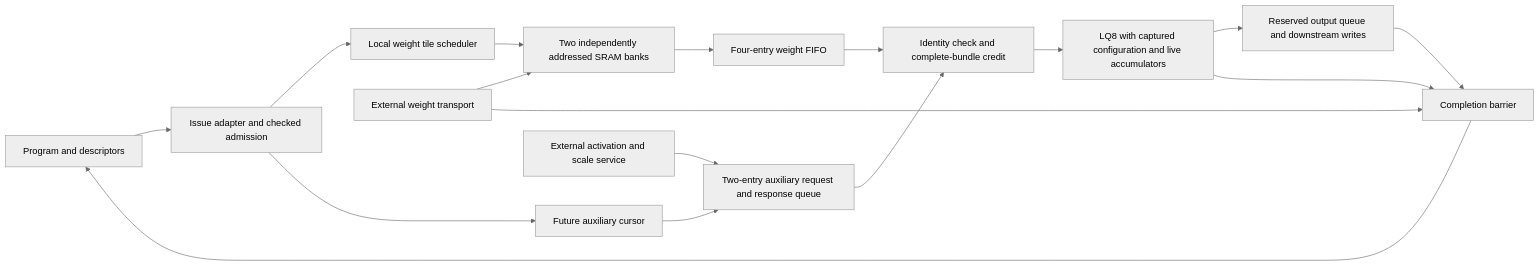
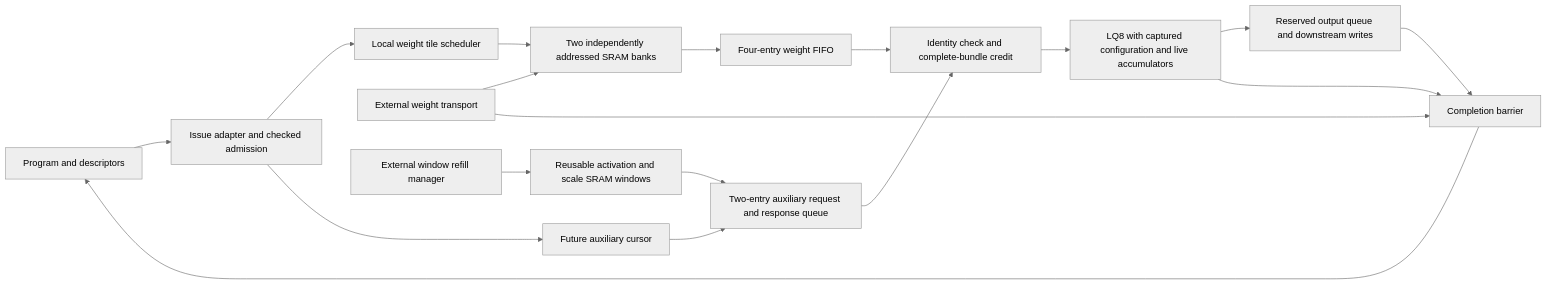
One commit to bojieli/OpenTallas changed the diagram in docs/REFINED_ARCHITECTURE_AND_OPTIMIZATION_REPORT.md. Above: the diagram before and after it, drawn with Mermaid (neutral theme). The commit also changed other lines of this file and 8 other files, not shown here.

Commit message:
Add reusable bounded auxiliary SRAM windows and qualify G2 activation reuse

````diff
--- a/docs/REFINED_ARCHITECTURE_AND_OPTIMIZATION_REPORT.md
+++ b/docs/REFINED_ARCHITECTURE_AND_OPTIMIZATION_REPORT.md
@@ -60,19 +61,20 @@
 ```mermaid
 flowchart LR
     P[Program and descriptors] --> A[Issue adapter and checked admission]
     A --> S[Local weight tile scheduler]
     T[External weight transport] --> B[Two independently addressed SRAM banks]
     S --> B
     B --> F[Four-entry weight FIFO]
     A --> C[Future auxiliary cursor]
     C --> Q[Two-entry auxiliary request and response queue]
-    X[External activation and scale service] --> Q
+    X[Reusable activation and scale SRAM windows] --> Q
+    E[External window refill manager] --> X
     F --> J[Identity check and complete-bundle credit]
     Q --> J
     J --> L[LQ8 with captured configuration and live accumulators]
     L --> W[Reserved output queue and downstream writes]
     L --> D[Completion barrier]
     W --> D
     T --> D
     D --> P
 ```
````
